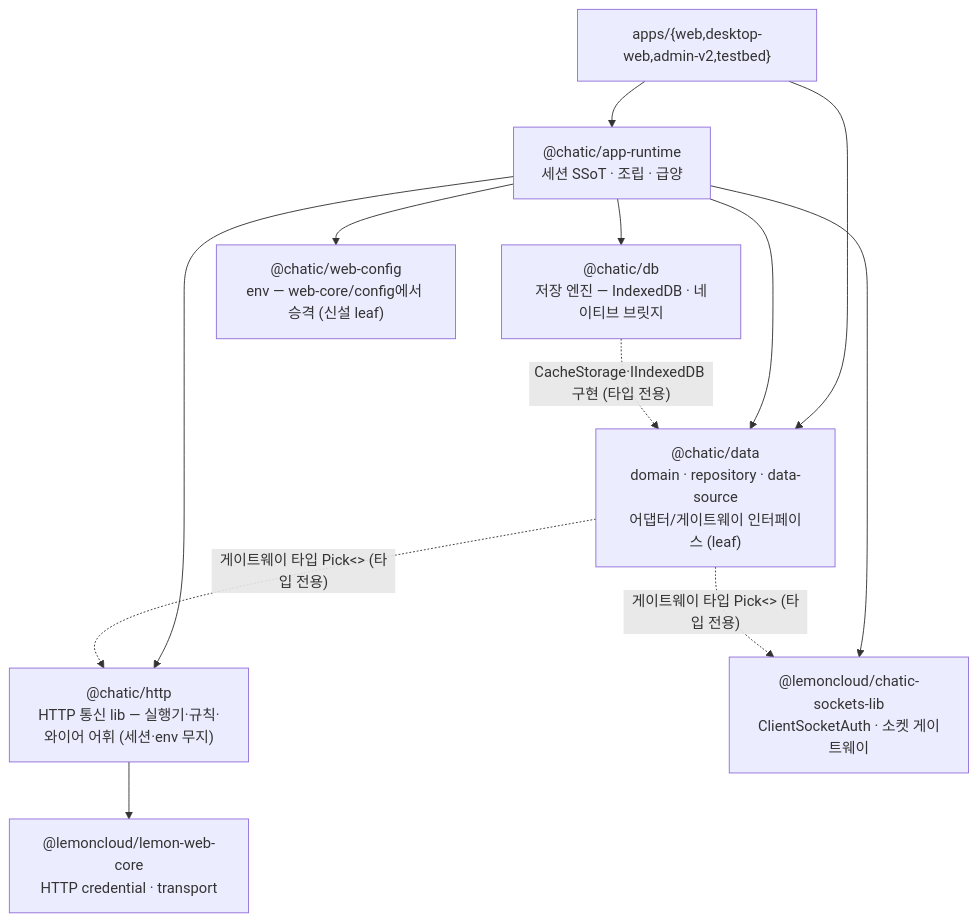
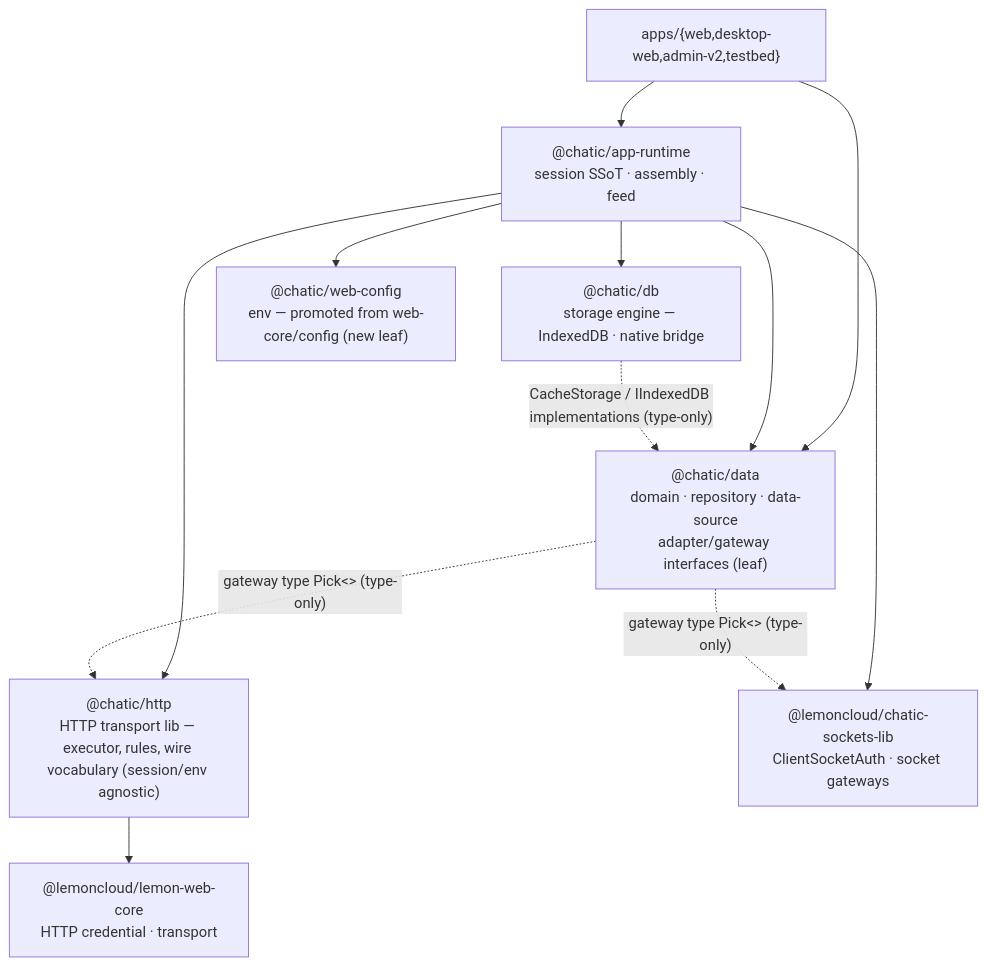
One commit to lemoncloud-io/dou-app changed the first of 3 diagrams in docs/adr/0070-app-runtime-session-hub.md. Above: the diagram before and after it, drawn with Mermaid. The commit also changed other lines of this file and 62 other files, not shown here.

````diff
--- a/docs/adr/0070-app-runtime-session-hub.md
+++ b/docs/adr/0070-app-runtime-session-hub.md
@@ -137,14 +150,14 @@
 ```mermaid
 graph TD
-    A["apps/{web,desktop-web,admin-v2,testbed}"] --> RT["@chatic/app-runtime<br/>세션 SSoT · 조립 · 급양"]
-    A --> D["@chatic/data<br/>domain · repository · data-source<br/>어댑터/게이트웨이 인터페이스 (leaf)"]
+    A["apps/{web,desktop-web,admin-v2,testbed}"] --> RT["@chatic/app-runtime<br/>session SSoT · assembly · feed"]
+    A --> D["@chatic/data<br/>domain · repository · data-source<br/>adapter/gateway interfaces (leaf)"]
     RT --> D
-    RT --> DB["@chatic/db<br/>저장 엔진 — IndexedDB · 네이티브 브릿지"]
-    RT --> H["@chatic/http<br/>HTTP 통신 lib — 실행기·규칙·와이어 어휘 (세션·env 무지)"]
-    RT --> C["@chatic/web-config<br/>env — web-core/config에서 승격 (신설 leaf)"]
-    RT --> S["@lemoncloud/chatic-sockets-lib<br/>ClientSocketAuth · 소켓 게이트웨이"]
+    RT --> DB["@chatic/db<br/>storage engine — IndexedDB · native bridge"]
+    RT --> H["@chatic/http<br/>HTTP transport lib — executor, rules, wire vocabulary (session/env agnostic)"]
+    RT --> C["@chatic/web-config<br/>env — promoted from web-core/config (new leaf)"]
+    RT --> S["@lemoncloud/chatic-sockets-lib<br/>ClientSocketAuth · socket gateways"]
     H --> L["@lemoncloud/lemon-web-core<br/>HTTP credential · transport"]
-    DB -. "CacheStorage·IIndexedDB 구현 (타입 전용)" .-> D
-    D -. "게이트웨이 타입 Pick<> (타입 전용)" .-> S
-    D -. "게이트웨이 타입 Pick<> (타입 전용)" .-> H
+    DB -. "CacheStorage / IIndexedDB implementations (type-only)" .-> D
+    D -. "gateway type Pick<> (type-only)" .-> S
+    D -. "gateway type Pick<> (type-only)" .-> H
 ```
````
